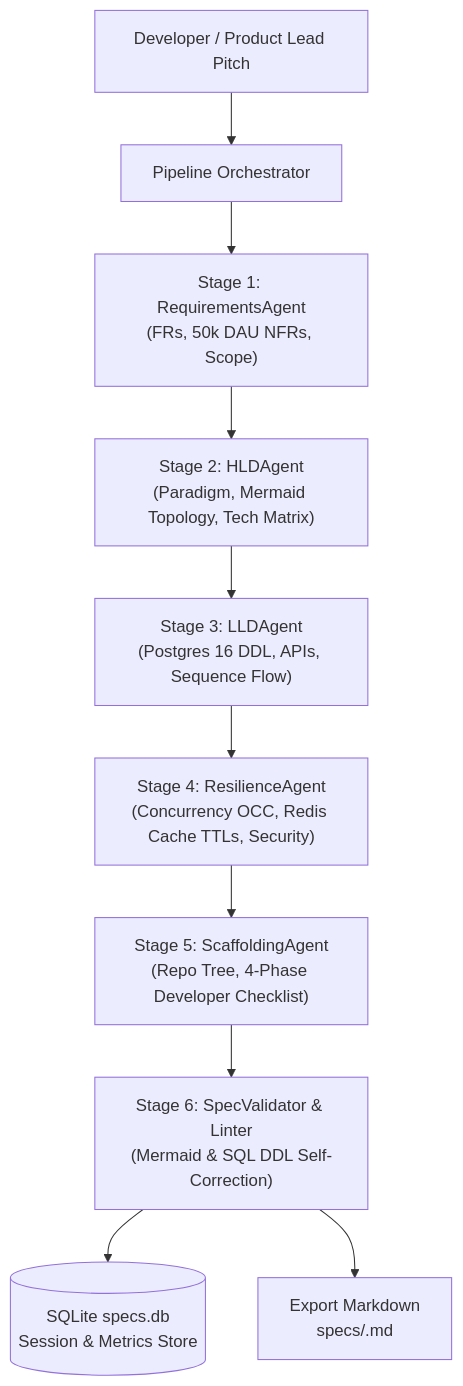
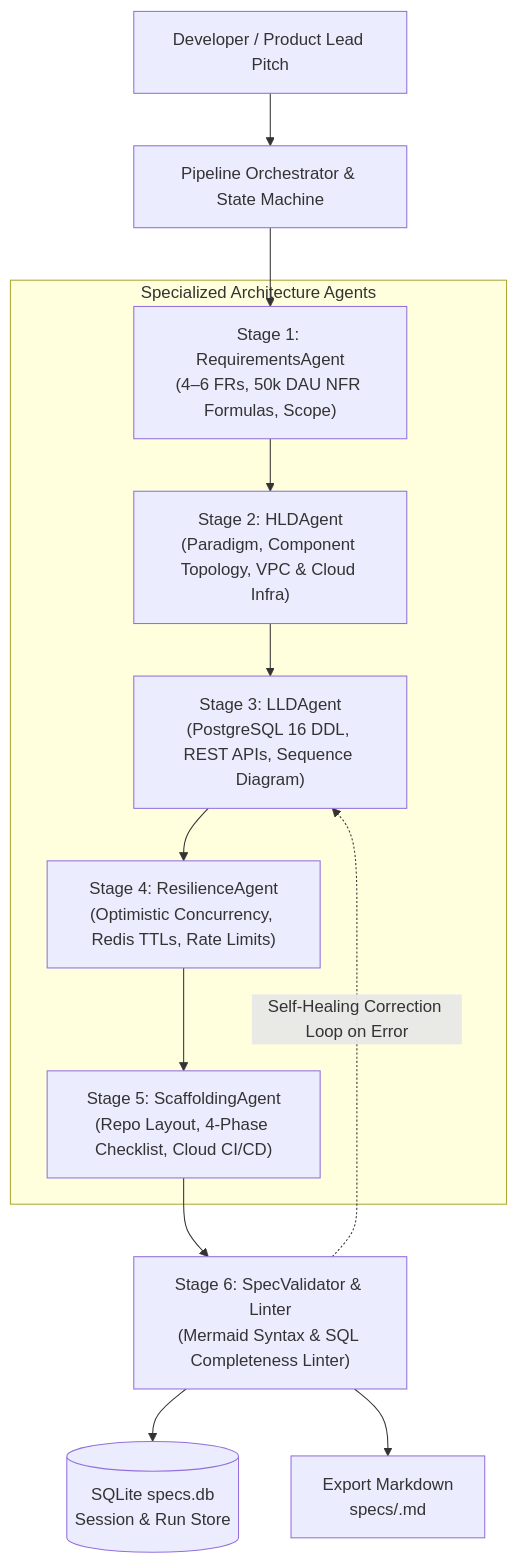
The diagram in README.md (Surya760/system_design_agent), drawn with Mermaid before and after one commit. The commit also changed other lines of this file and 3 other files, not shown here.

````diff
--- a/README.md
+++ b/README.md
@@ -20,14 +34,23 @@
 ```mermaid
 graph TD
-    User["Developer / Product Lead Pitch"] --> Orchestrator["Pipeline Orchestrator"]
+    User["Developer / Product Lead Pitch"] --> Orchestrator["Pipeline Orchestrator & State Machine"]
     
-    Orchestrator --> S1["Stage 1: RequirementsAgent\n(FRs, 50k DAU NFRs, Scope)"]
-    S1 --> S2["Stage 2: HLDAgent\n(Paradigm, Mermaid Topology, Tech Matrix)"]
-    S2 --> S3["Stage 3: LLDAgent\n(Postgres 16 DDL, APIs, Sequence Flow)"]
-    S3 --> S4["Stage 4: ResilienceAgent\n(Concurrency OCC, Redis Cache TTLs, Security)"]
-    S4 --> S5["Stage 5: ScaffoldingAgent\n(Repo Tree, 4-Phase Developer Checklist)"]
+    subgraph Agents ["Specialized Architecture Agents"]
+        S1["Stage 1: RequirementsAgent\n(4–6 FRs, 50k DAU NFR Formulas, Scope)"]
+        S2["Stage 2: HLDAgent\n(Paradigm, Component Topology, VPC & Cloud Infra)"]
+        S3["Stage 3: LLDAgent\n(PostgreSQL 16 DDL, REST APIs, Sequence Diagram)"]
+        S4["Stage 4: ResilienceAgent\n(Optimistic Concurrency, Redis TTLs, Rate Limits)"]
+        S5["Stage 5: ScaffoldingAgent\n(Repo Layout, 4-Phase Checklist, Cloud CI/CD)"]
+    end
     
-    S5 --> S6["Stage 6: SpecValidator & Linter\n(Mermaid & SQL DDL Self-Correction)"]
-    S6 --> DB[("SQLite specs.db\nSession & Metrics Store")]
+    Orchestrator --> S1
+    S1 --> S2
+    S2 --> S3
+    S3 --> S4
+    S4 --> S5
+    
+    S5 --> S6["Stage 6: SpecValidator & Linter\n(Mermaid Syntax & SQL Completeness Linter)"]
+    S6 -.->|Self-Healing Correction Loop on Error| S3
+    S6 --> DB[("SQLite specs.db\nSession & Run Store")]
     S6 --> MD["Export Markdown\nspecs/<slug>.md"]
 ```
````
